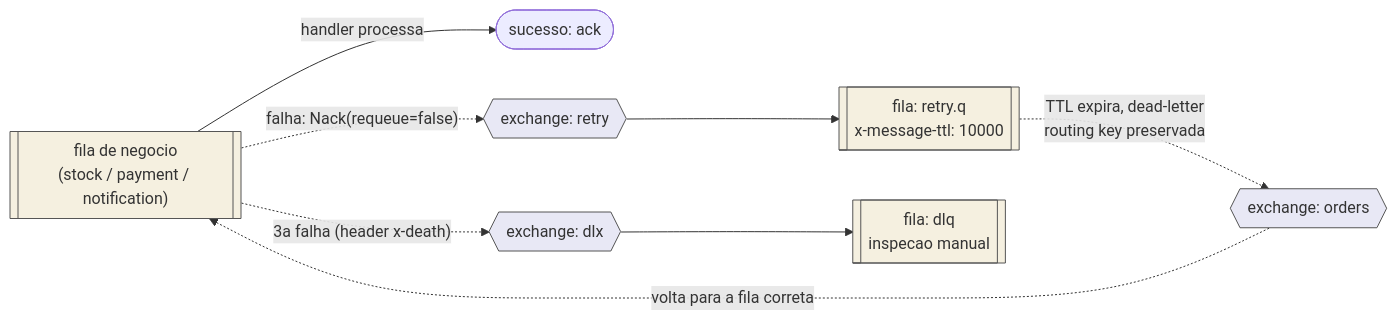
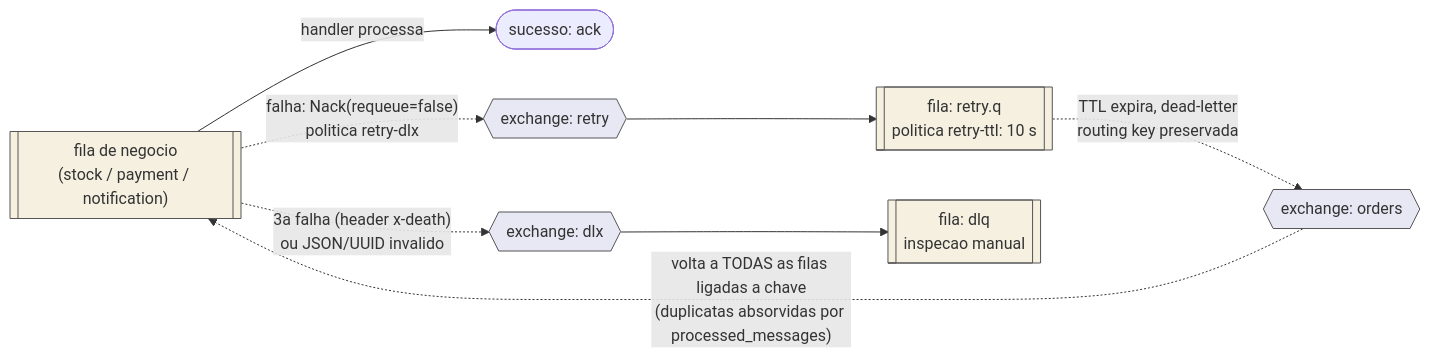
The sixth of 7 diagrams in docs/etapa2.md (NicolasPaterno/message-queue-ecommerce), drawn with Mermaid before and after one commit. The commit also changed other lines of this file and 1 other file, not shown here.

Commit message:
docs(etapa1,etapa2): diagrams, actors and corrected reliability claims

````diff
--- a/docs/etapa2.md
+++ b/docs/etapa2.md
@@ -361,16 +456,16 @@
 ```mermaid
 flowchart LR
     Q[["fila de negocio<br/>(stock / payment / notification)"]]
     Q -->|handler processa| OK([sucesso: ack])
-    Q -.->|"falha: Nack(requeue=false)"| RX{{exchange: retry}}
-    RX --> RQ[["fila: retry.q<br/>x-message-ttl: 10000"]]
+    Q -.->|"falha: Nack(requeue=false)<br/>politica retry-dlx"| RX{{exchange: retry}}
+    RX --> RQ[["fila: retry.q<br/>politica retry-ttl: 10 s"]]
     RQ -.->|"TTL expira, dead-letter<br/>routing key preservada"| EX{{exchange: orders}}
-    EX -.->|volta para a fila correta| Q
-    Q -.->|"3a falha (header x-death)"| DX{{exchange: dlx}}
+    EX -.->|"volta a TODAS as filas ligadas a chave<br/>(duplicatas absorvidas por processed_messages)"| Q
+    Q -.->|"3a falha (header x-death)<br/>ou JSON/UUID invalido"| DX{{exchange: dlx}}
     DX --> DLQ[["fila: dlq<br/>inspecao manual"]]
 
     classDef ex fill:#e8e8f5,stroke:#555
     classDef q fill:#f5f0e0,stroke:#555
     class RX,EX,DX ex
     class Q,RQ,DLQ q
 ```
````
